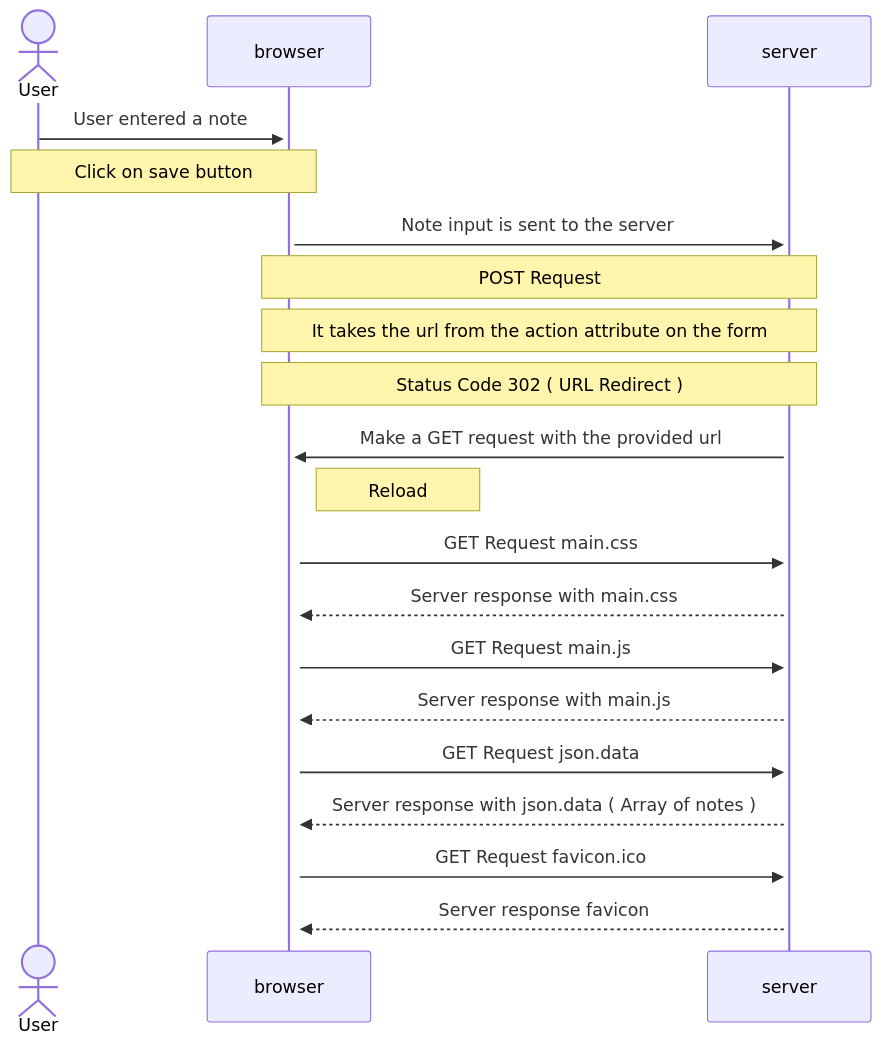
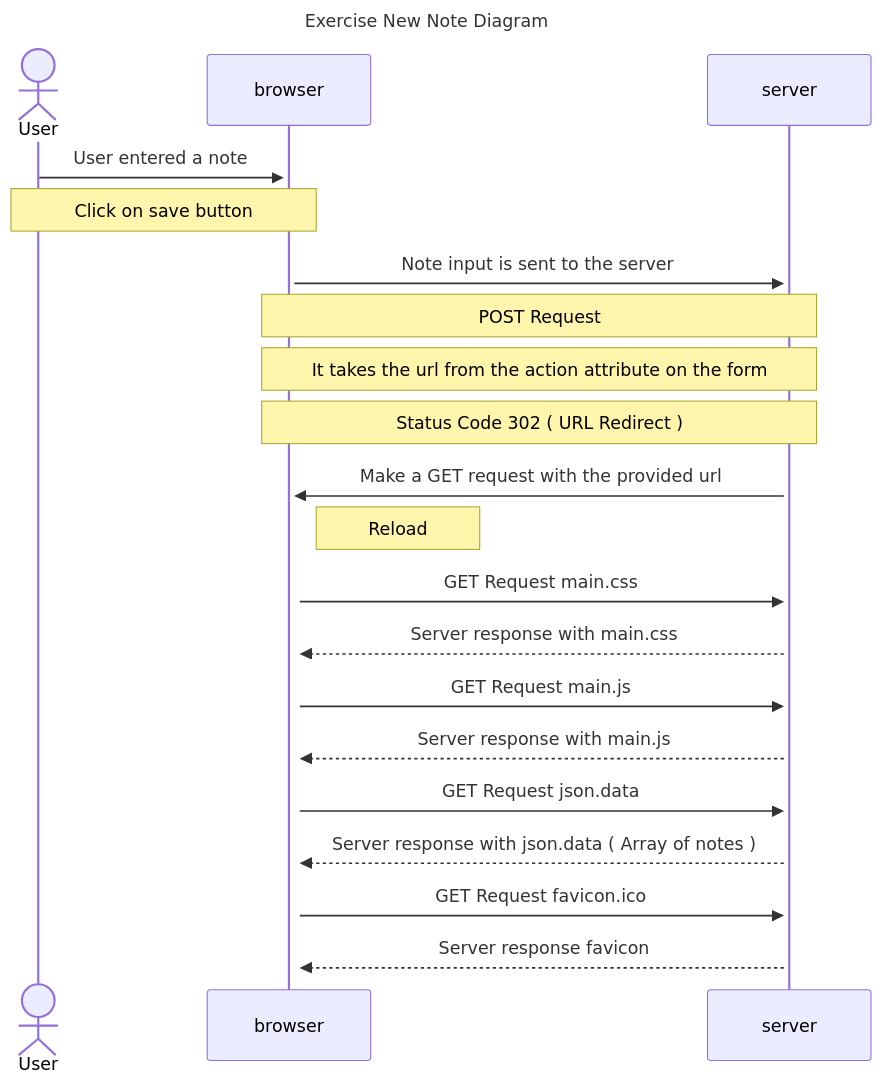
One commit to SheriefElnahas/full-stack-open-2023 changed the diagram in part0/0.4-new-note-diagram/README.md. Above: the diagram before and after it, drawn with Mermaid.

Commit message:
adds a title to 0.4 exercise

````diff
--- a/part0/0.4-new-note-diagram/README.md
+++ b/part0/0.4-new-note-diagram/README.md
@@ -1,26 +1,26 @@
 ```mermaid
 sequenceDiagram
-
+title Exercise New Note Diagram
 actor User
 participant browser
 participant server
 
 
     User->>+browser: User entered a note
     Note over User,browser: Click on save button
     browser->>+server: Note input is sent to the server
     Note over browser,server: POST Request
     Note over browser,server: It takes the url from the action attribute on the form
     Note over browser,server: Status Code 302 ( URL Redirect )
     server->>+browser: Make a GET request with the provided url
     Note right of browser: Reload
     browser->>+server: GET Request  main.css
     server-->>browser: Server response with main.css
     browser->>+server: GET Request main.js
     server-->>browser: Server response with main.js
     browser->>+server: GET Request json.data
     server-->>browser: Server response with json.data ( Array of notes )
     browser->>+server: GET Request favicon.ico
     server-->>browser: Server response favicon
 
 ```
````
